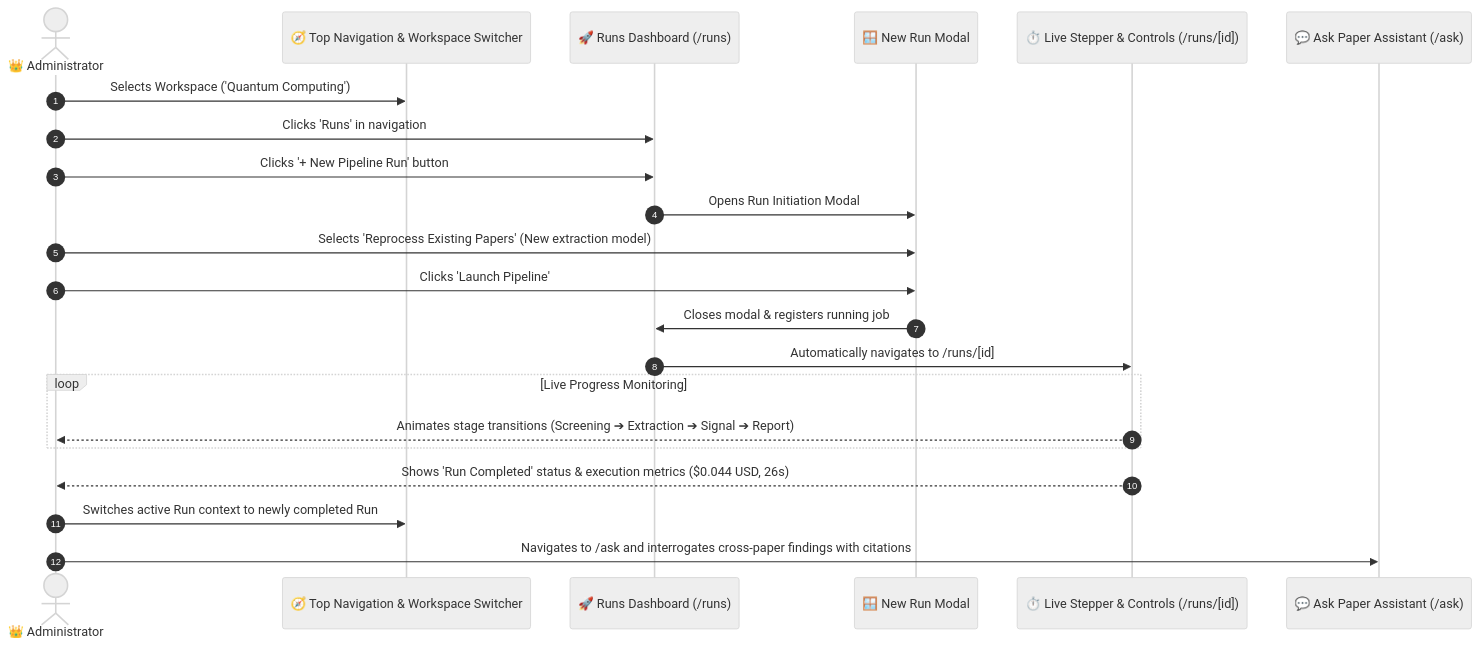
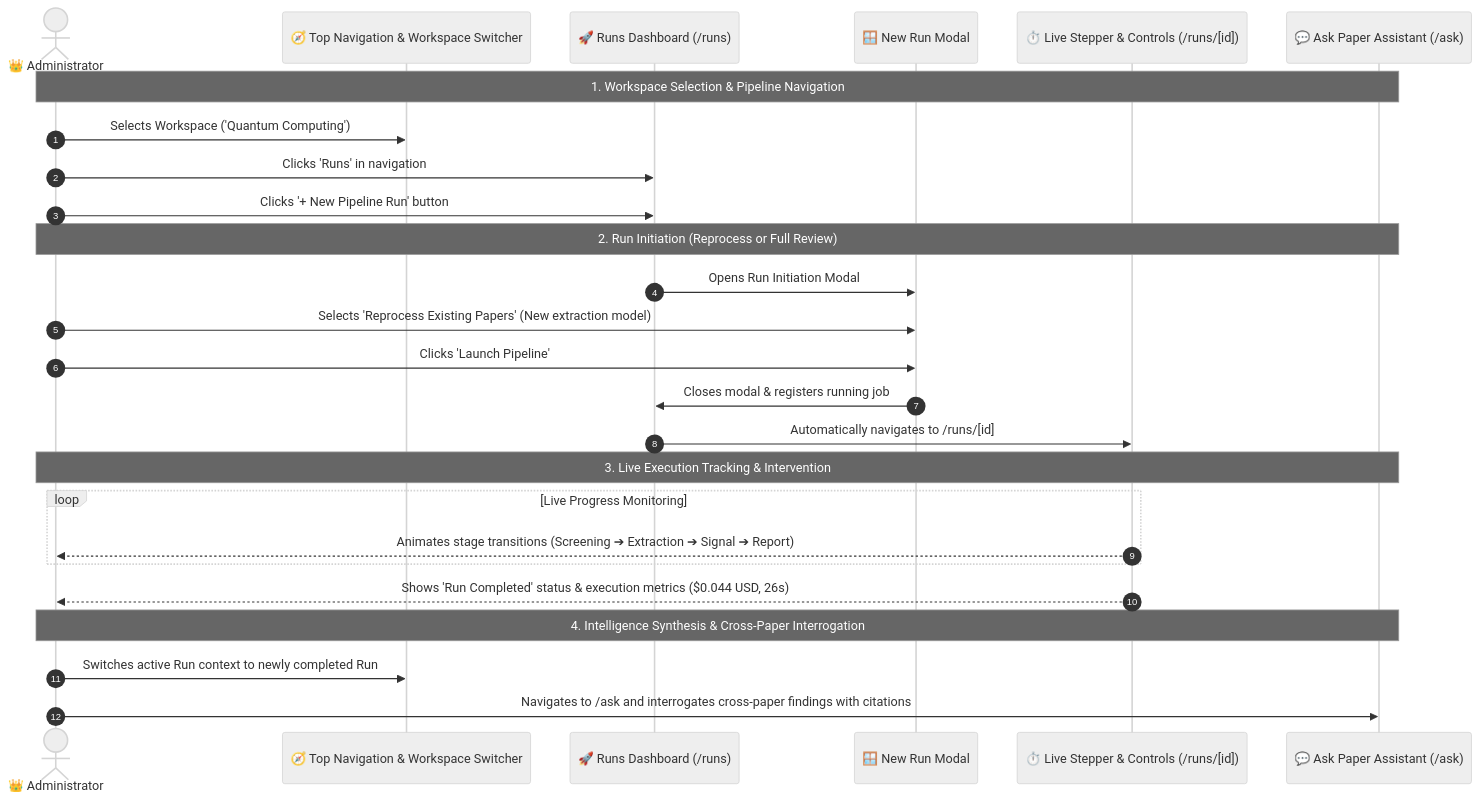
One commit to p4ku/research-intelligence changed the first of 5 diagrams in docs/user_journeys/stage_2_user_journeys.md. Above: the diagram before and after it, drawn with Mermaid (neutral theme). The commit also changed other lines of this file, not shown here.

Commit message:
docs: add phase note banners across all Mermaid sequence diagrams for clear visual stage grouping

````diff
--- a/docs/user_journeys/stage_2_user_journeys.md
+++ b/docs/user_journeys/stage_2_user_journeys.md
@@ -76,25 +76,32 @@
 ```mermaid
 sequenceDiagram
     autonumber
     actor Admin as 👑 Administrator
     participant TopBar as 🧭 Top Navigation & Workspace Switcher
     participant RunsPage as 🚀 Runs Dashboard (/runs)
     participant Modal as 🪟 New Run Modal
     participant Stepper as ⏱️ Live Stepper & Controls (/runs/[id])
     participant AskUI as 💬 Ask Paper Assistant (/ask)
 
+    Note over Admin,AskUI: 1. Workspace Selection & Pipeline Navigation
     Admin->>TopBar: Selects Workspace ('Quantum Computing')
     Admin->>RunsPage: Clicks 'Runs' in navigation
     Admin->>RunsPage: Clicks '+ New Pipeline Run' button
+
+    Note over Admin,AskUI: 2. Run Initiation (Reprocess or Full Review)
     RunsPage->>Modal: Opens Run Initiation Modal
     Admin->>Modal: Selects 'Reprocess Existing Papers' (New extraction model)
     Admin->>Modal: Clicks 'Launch Pipeline'
     Modal->>RunsPage: Closes modal & registers running job
     RunsPage->>Stepper: Automatically navigates to /runs/[id]
+
+    Note over Admin,AskUI: 3. Live Execution Tracking & Intervention
     loop Live Progress Monitoring
         Stepper-->>Admin: Animates stage transitions (Screening ➔ Extraction ➔ Signal ➔ Report)
     end
     Stepper-->>Admin: Shows 'Run Completed' status & execution metrics ($0.044 USD, 26s)
+
+    Note over Admin,AskUI: 4. Intelligence Synthesis & Cross-Paper Interrogation
     Admin->>TopBar: Switches active Run context to newly completed Run
     Admin->>AskUI: Navigates to /ask and interrogates cross-paper findings with citations
 ```
````
